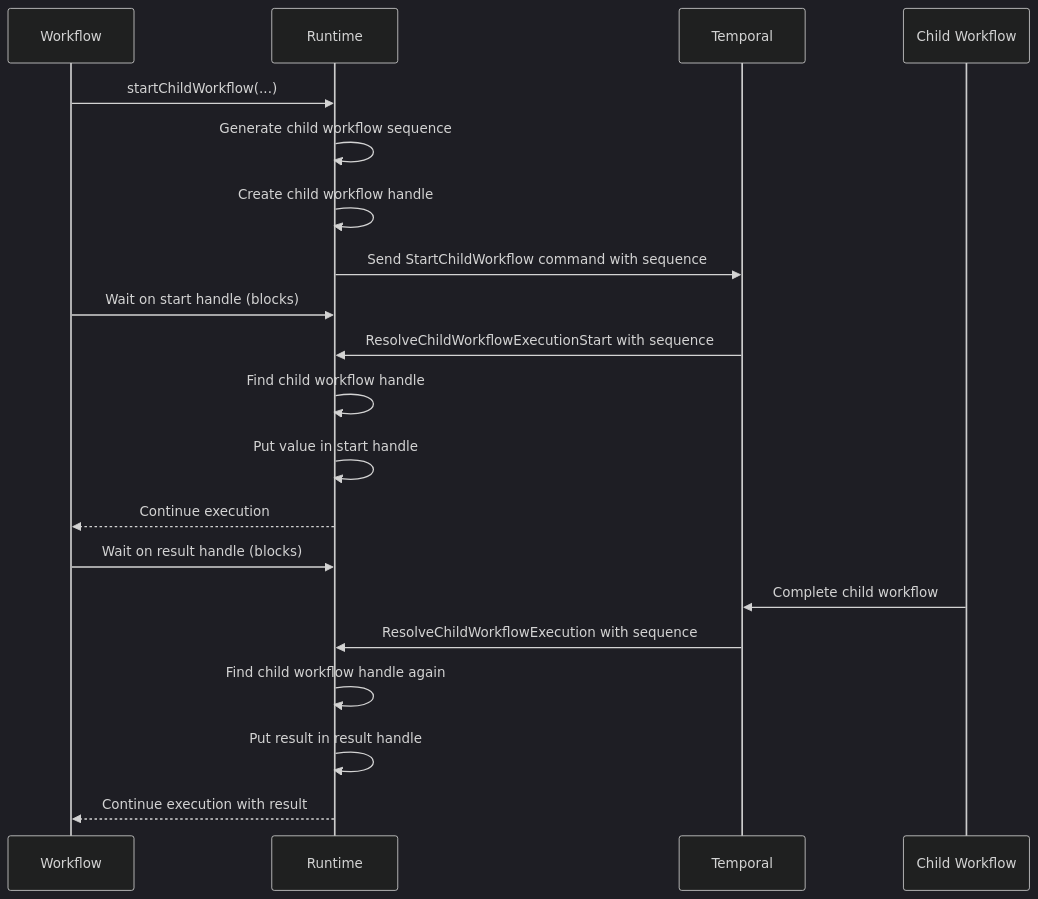
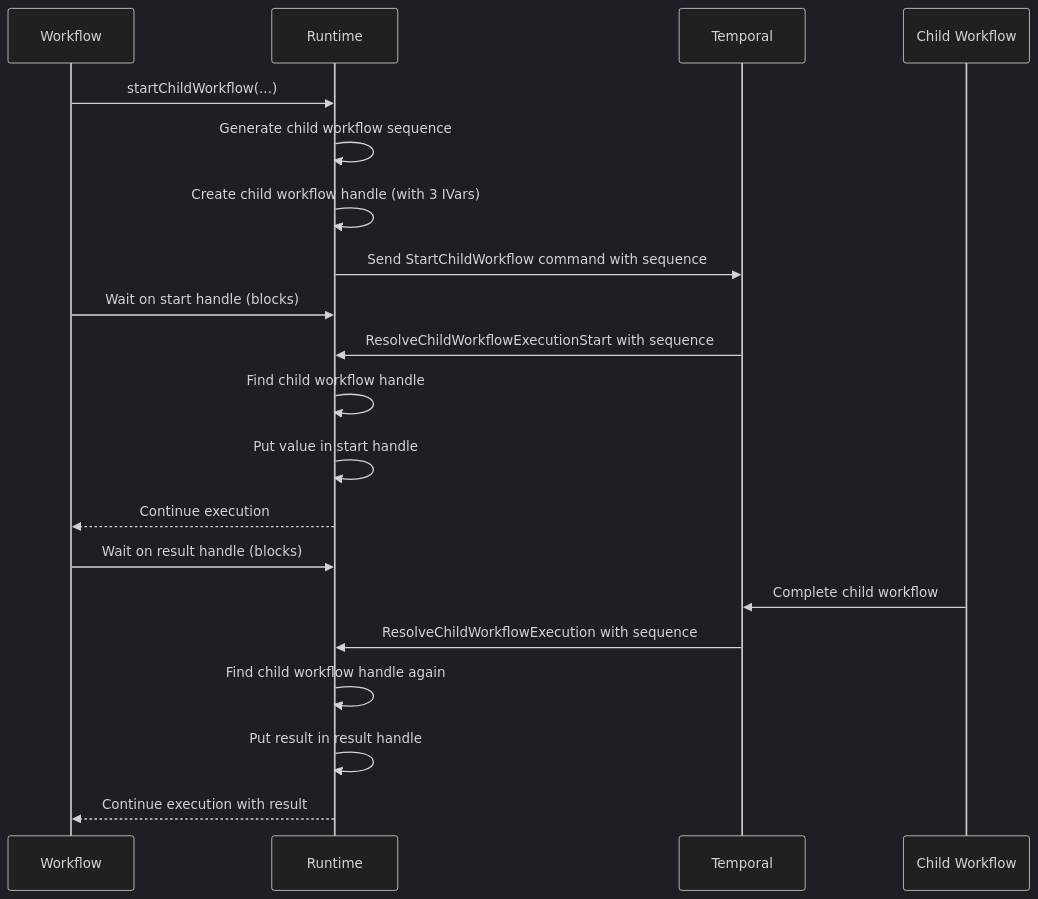
Before and after one commit to MercuryTechnologies/hs-temporal-sdk: the fourth of 6 diagrams in docs/sequence-management.md, drawn with Mermaid (dark theme). The commit also changed other lines of this file and 12 other files, not shown here.

````diff
--- a/docs/sequence-management.md
+++ b/docs/sequence-management.md
@@ -177,25 +182,25 @@
 ```mermaid
 sequenceDiagram
     participant W as Workflow
     participant R as Runtime
     participant T as Temporal
     participant C as Child Workflow
 
     W->>R: startChildWorkflow(...)
     R->>R: Generate child workflow sequence
-    R->>R: Create child workflow handle
+    R->>R: Create child workflow handle (with 3 IVars)
     R->>T: Send StartChildWorkflow command with sequence
     W->>R: Wait on start handle (blocks)
 
     T->>R: ResolveChildWorkflowExecutionStart with sequence
     R->>R: Find child workflow handle
     R->>R: Put value in start handle
     R-->>W: Continue execution
 
     W->>R: Wait on result handle (blocks)
     C->>T: Complete child workflow
     T->>R: ResolveChildWorkflowExecution with sequence
     R->>R: Find child workflow handle again
     R->>R: Put result in result handle
     R-->>W: Continue execution with result
 ```
````
